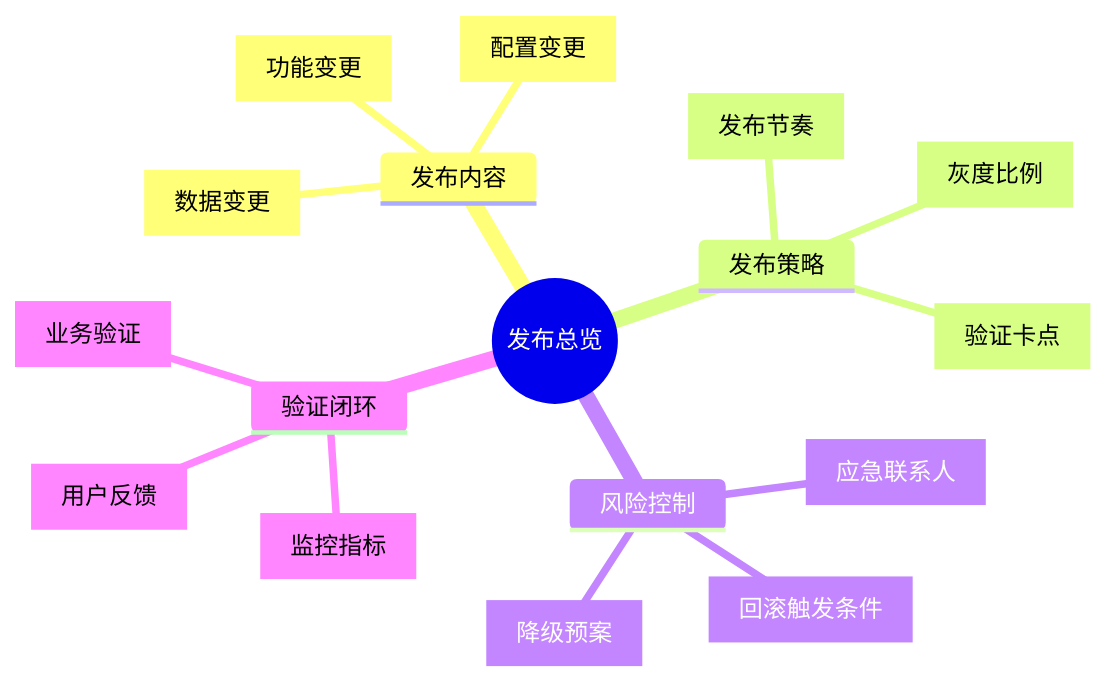
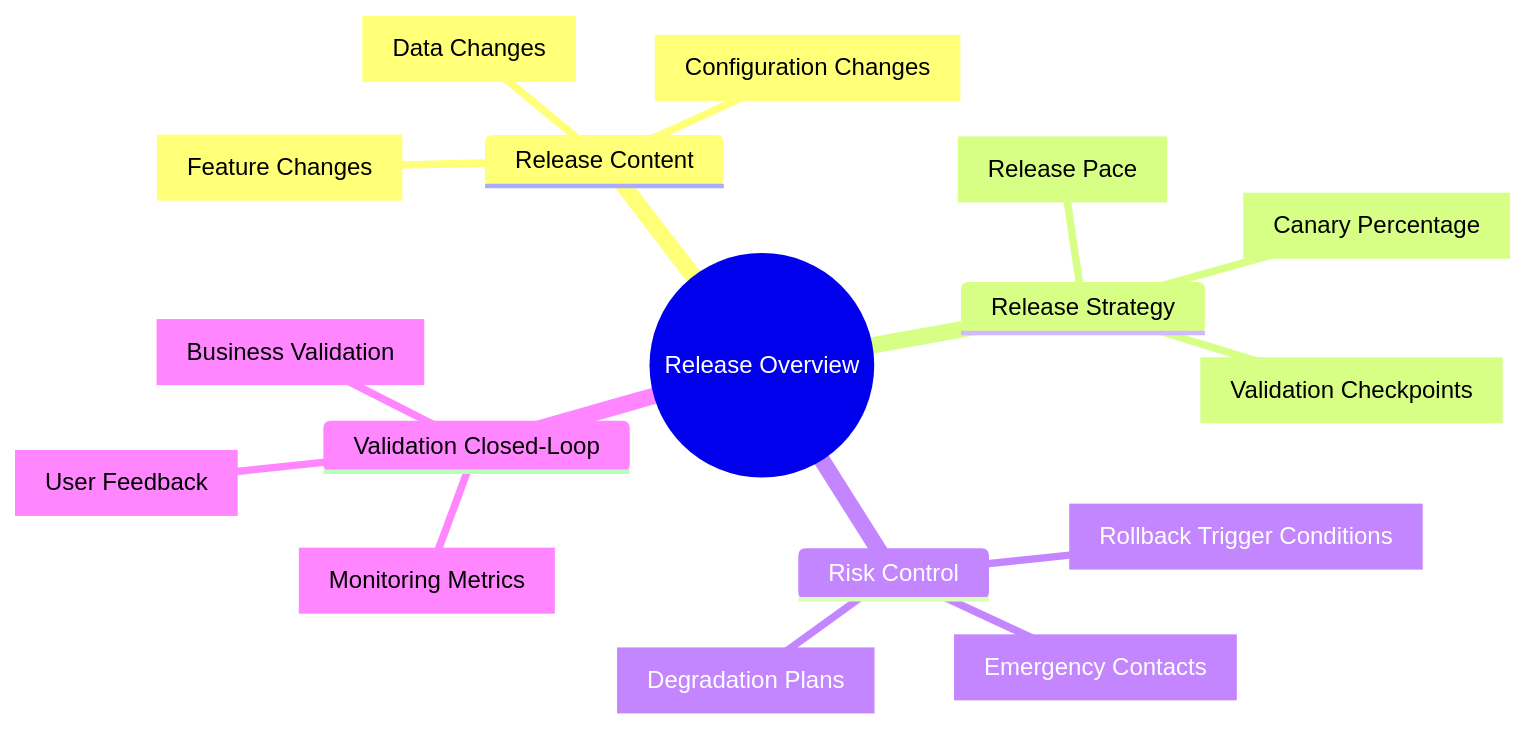
The first of 8 diagrams in templates/产品/交付层/【模板】发布计划文档.md (Kirky-X/cangjie), drawn with Mermaid before and after one commit. The commit also changed other lines of this file and 46 other files, not shown here.

````diff
--- a/templates/产品/交付层/【模板】发布计划文档.md
+++ b/templates/产品/交付层/【模板】发布计划文档.md
@@ -68,20 +68,20 @@
 ```mermaid
 mindmap
-  root((发布总览))
-    发布内容
-      [功能变更]
-      [配置变更]
-      [数据变更]
-    发布策略
-      [灰度比例]
-      [发布节奏]
-      [验证卡点]
-    风险控制
-      [回滚触发条件]
-      [应急联系人]
-      [降级预案]
-    验证闭环
-      [监控指标]
-      [业务验证]
-      [用户反馈]
+  root((Release Overview))
+    Release Content
+      [Feature Changes]
+      [Configuration Changes]
+      [Data Changes]
+    Release Strategy
+      [Canary Percentage]
+      [Release Pace]
+      [Validation Checkpoints]
+    Risk Control
+      [Rollback Trigger Conditions]
+      [Emergency Contacts]
+      [Degradation Plans]
+    Validation Closed-Loop
+      [Monitoring Metrics]
+      [Business Validation]
+      [User Feedback]
 ```
````
